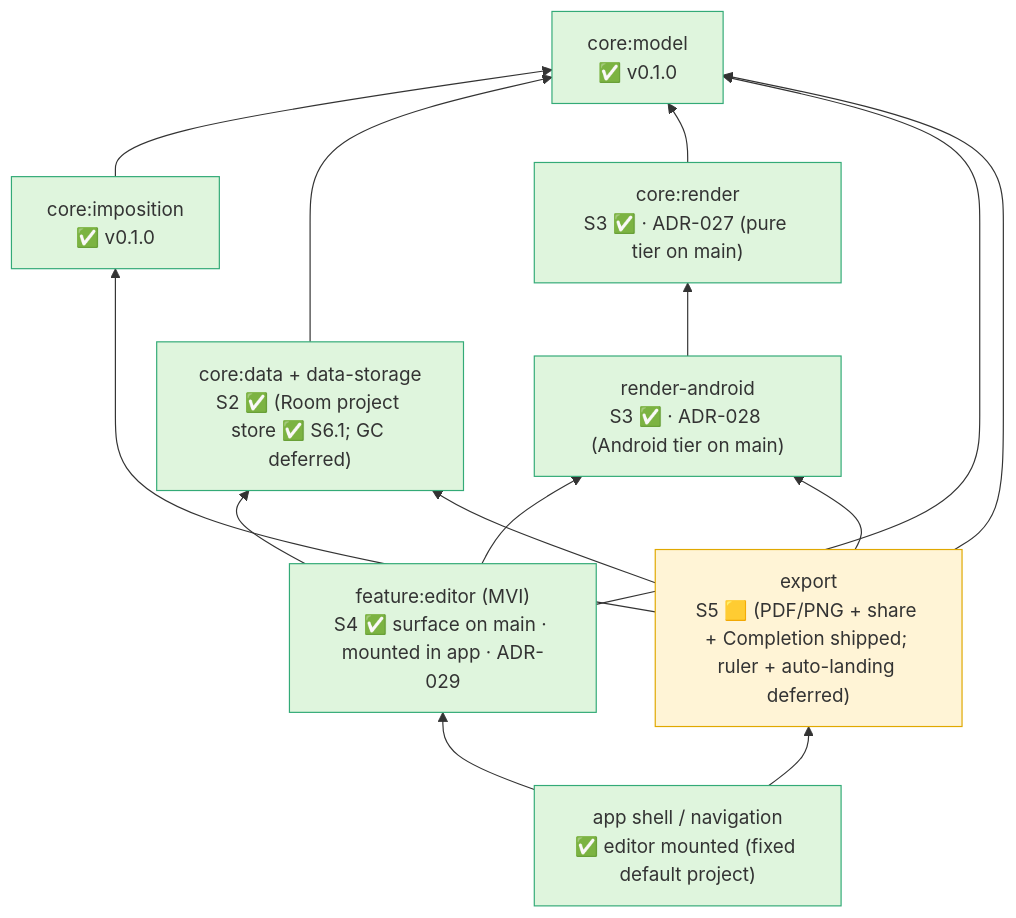
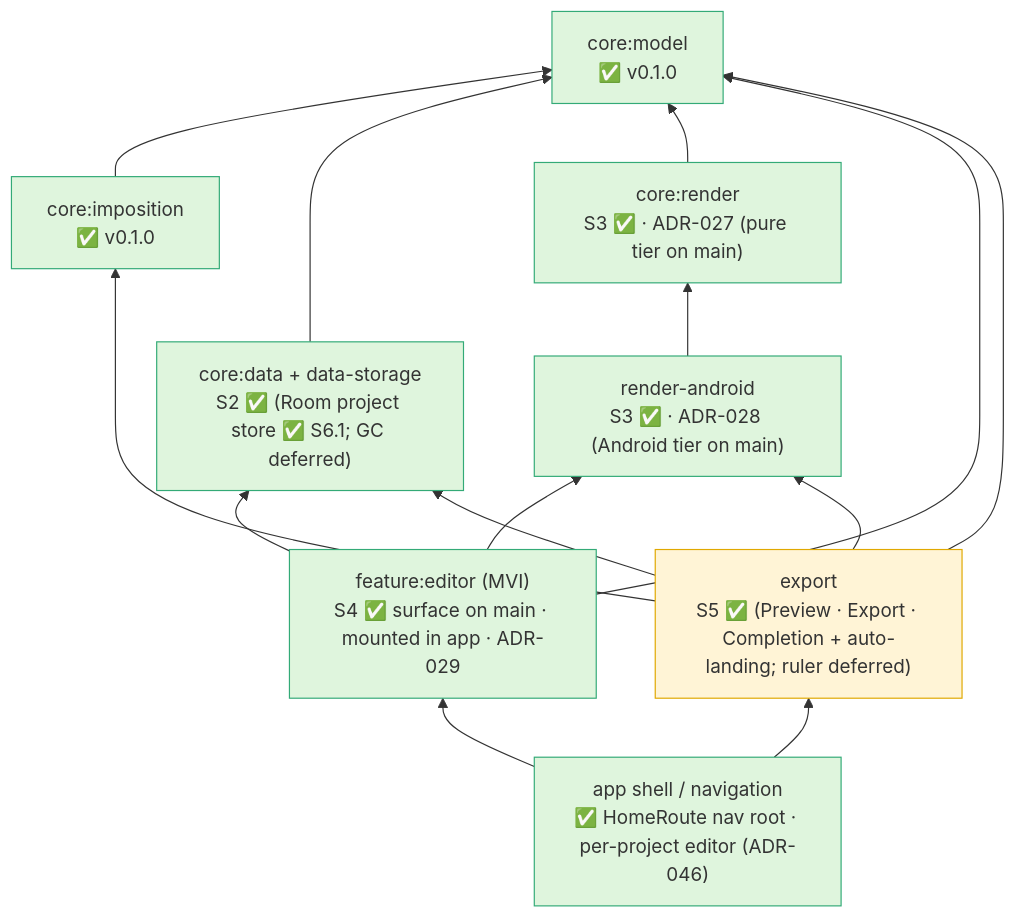
The ninth of 10 diagrams in docs/ARCHITECTURE.md (aritr-codes/zinely-android), drawn with Mermaid before and after one commit. The commit also changed other lines of this file and 16 other files, not shown here.

First line of the commit message:
fix(release): S7.2 checkpoint reconciliation — export sheet order derived from the canonical convention; dark-desk contrast, editor paper backing, alpha-scope honesty (ADR-047 amendment)

````diff
--- a/docs/ARCHITECTURE.md
+++ b/docs/ARCHITECTURE.md
@@ -357,30 +357,30 @@
 ```mermaid
 flowchart BT
     model["core:model<br/>✅ v0.1.0"]
     imp["core:imposition<br/>✅ v0.1.0"]
     data["core:data + data-storage<br/>S2 ✅ (Room project store ✅ S6.1; GC deferred)"]
     render["core:render<br/>S3 ✅ · ADR-027 (pure tier on main)"]
     ra["render-android<br/>S3 ✅ · ADR-028 (Android tier on main)"]
     editor["feature:editor (MVI)<br/>S4 ✅ surface on main · mounted in app · ADR-029"]
-    export["export<br/>S5 🟨 (PDF/PNG + share + Completion shipped; ruler + auto-landing deferred)"]
-    app["app shell / navigation<br/>✅ editor mounted (fixed default project)"]
+    export["export<br/>S5 ✅ (Preview · Export · Completion + auto-landing; ruler deferred)"]
+    app["app shell / navigation<br/>✅ HomeRoute nav root · per-project editor (ADR-046)"]
 
     imp --> model
     data --> model
     render --> model
     ra --> render
     editor --> model
     editor --> data
     editor --> ra
     export --> model
     export --> imp
     export --> ra
     export --> data
     app --> editor
     app --> export
 
     classDef done fill:#dff5dd,stroke:#3a7;
     classDef next fill:#fff4d6,stroke:#e0a800;
     class model,imp,data,render,ra,editor,app done;
     class export next;
 ```
````
